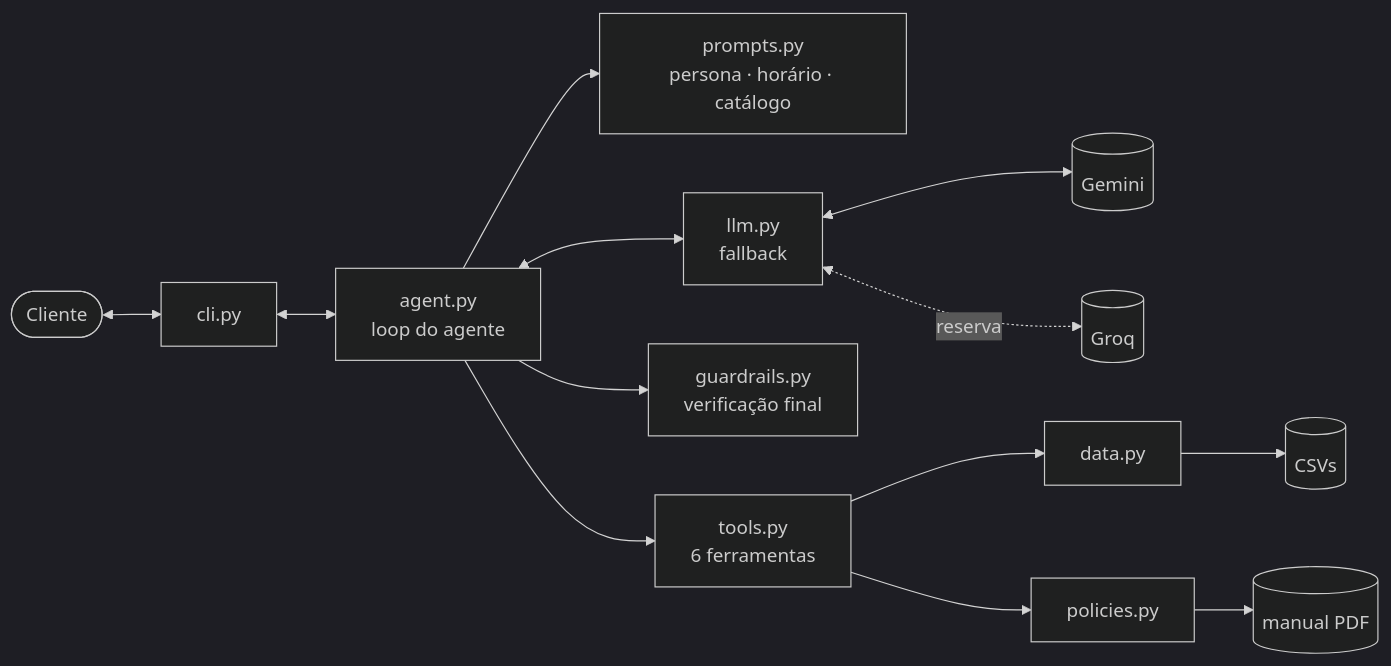
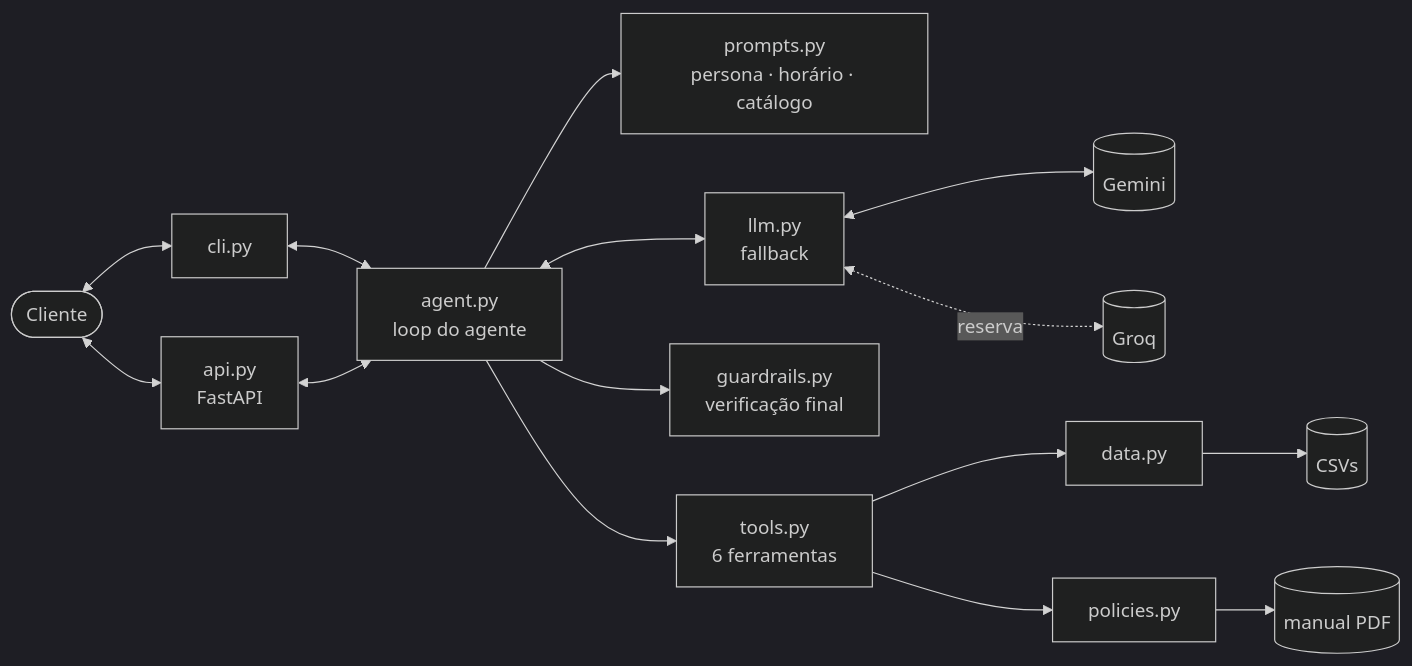
Before and after one commit to daianesmendes/emporio-agent: the diagram in README.pt-BR.md, drawn with Mermaid (dark theme). The commit also changed other lines of this file and 4 other files, not shown here.

````diff
--- a/README.pt-BR.md
+++ b/README.pt-BR.md
@@ -64,13 +94,15 @@
 ```mermaid
 flowchart LR
     U([Cliente]) <--> CLI[cli.py]
+    U <--> API[api.py<br/>FastAPI]
     CLI <--> A[agent.py<br/>loop do agente]
+    API <--> A
     A --> P[prompts.py<br/>persona · horário · catálogo]
     A <--> L[llm.py<br/>fallback]
     L <--> G[(Gemini)]
     L <-.reserva.-> GQ[(Groq)]
     A --> GR[guardrails.py<br/>verificação final]
     A --> T[tools.py<br/>6 ferramentas]
     T --> S[data.py] --> CSV[(CSVs)]
     T --> PO[policies.py] --> PDF[(manual PDF)]
 ```
````
